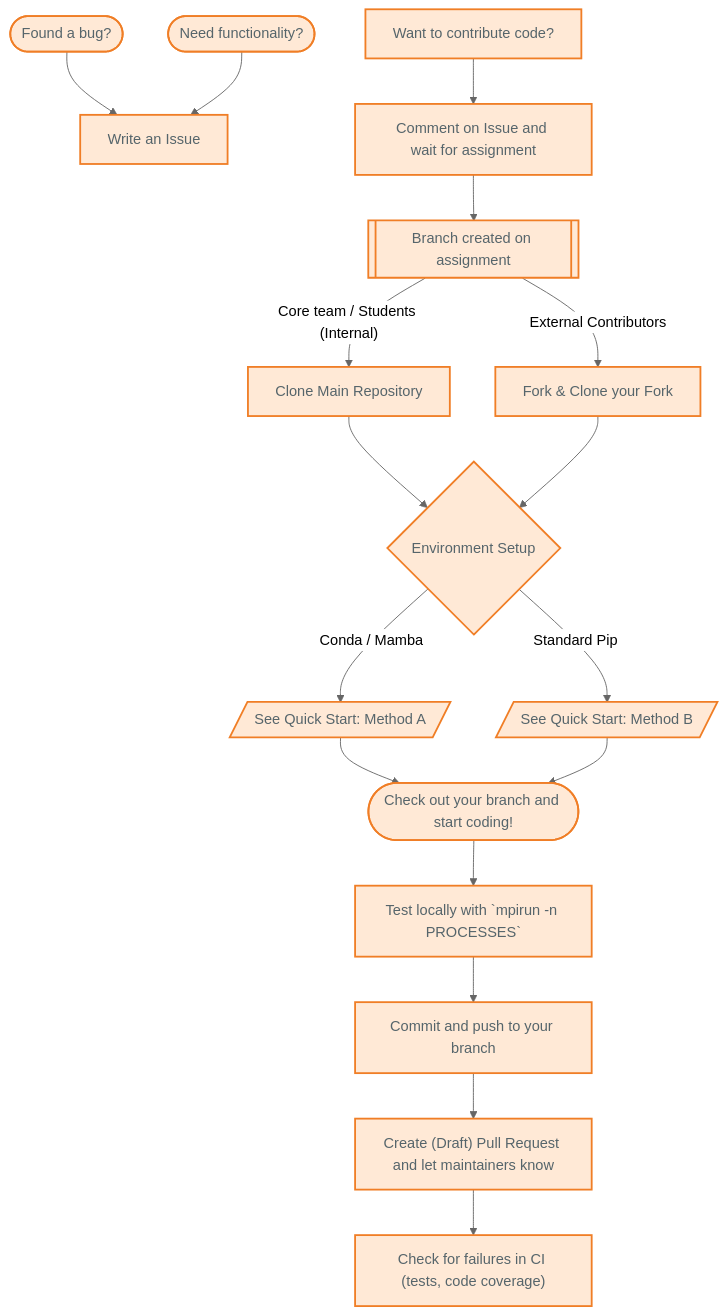
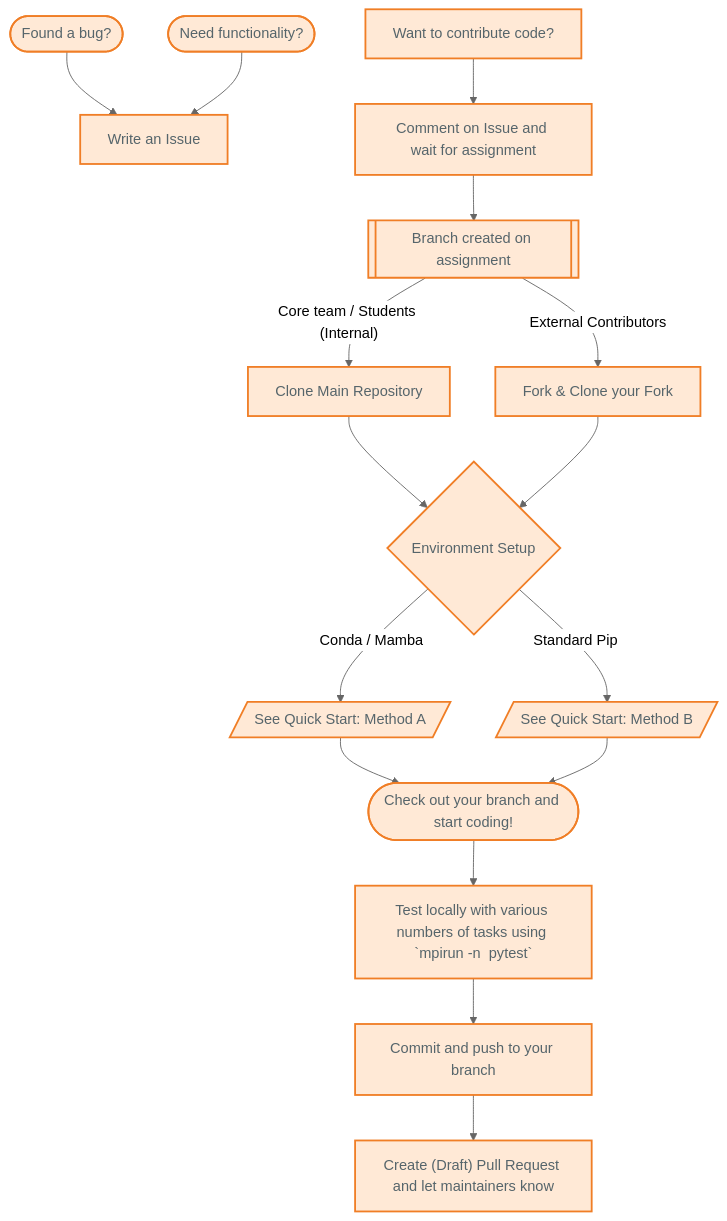
The first of 2 diagrams in contributing.md (helmholtz-analytics/heat), drawn with Mermaid (neutral theme) before and after one commit. The commit also changed other lines of this file and 1 other file, not shown here.

Commit message:
Apply suggestions from code review

````diff
--- a/contributing.md
+++ b/contributing.md
@@ -9,26 +9,25 @@
 ```mermaid
 graph TD
     %% Define Brand Style
     classDef heatStyle fill:#FFE9D6,stroke:#F07E26,stroke-width:2px,color:#56656B;
     A(["Found a bug?"]) --> B["Write an Issue"]
     C(["Need functionality?"]) --> B
     D["Want to contribute code?"] --> E["Comment on Issue and wait for assignment"]
     E --> F[["Branch created on assignment"]]
 
     F -- "Core team / Students (Internal)" --> G["Clone Main Repository"]
     F -- "External Contributors" --> H["Fork & Clone your Fork"]
 
     G --> I{"Environment Setup"}
     H --> I
     I -- "Conda / Mamba" --> J[/See Quick Start: Method A/]
     I -- "Standard Pip" --> K[/See Quick Start: Method B/]
 
     J --> L(["Check out your branch and start coding!"])
     K --> L
-    L --> M["Test locally with `mpirun -n PROCESSES`"]
+    L --> M["Test locally with various numbers of tasks using `mpirun -n <PROCESSES> pytest`"]
     M --> N["Commit and push to your branch"]
     N --> O["Create (Draft) Pull Request and let maintainers know"]
-    O --> P["Check for failures in CI (tests, code coverage)"]
 
     class A,B,C,D,E,F,G,H,I,J,K,L,M,N,O,P heatStyle;
 ```
````
